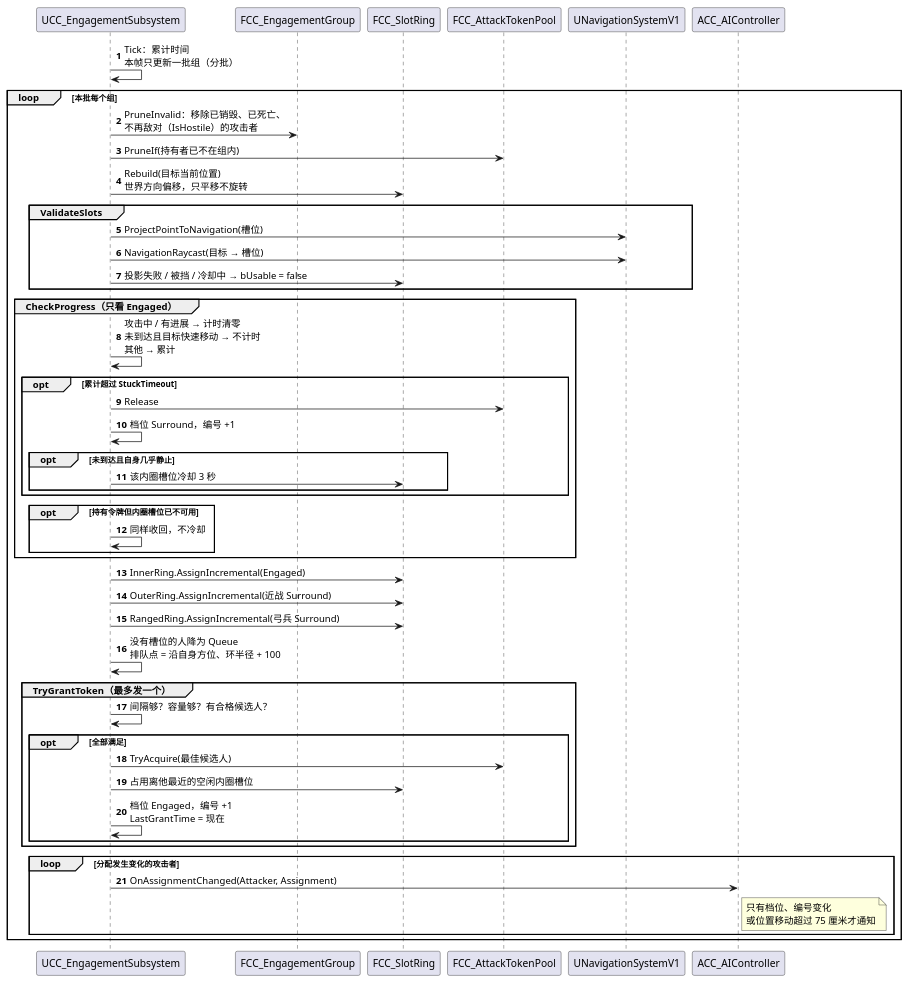
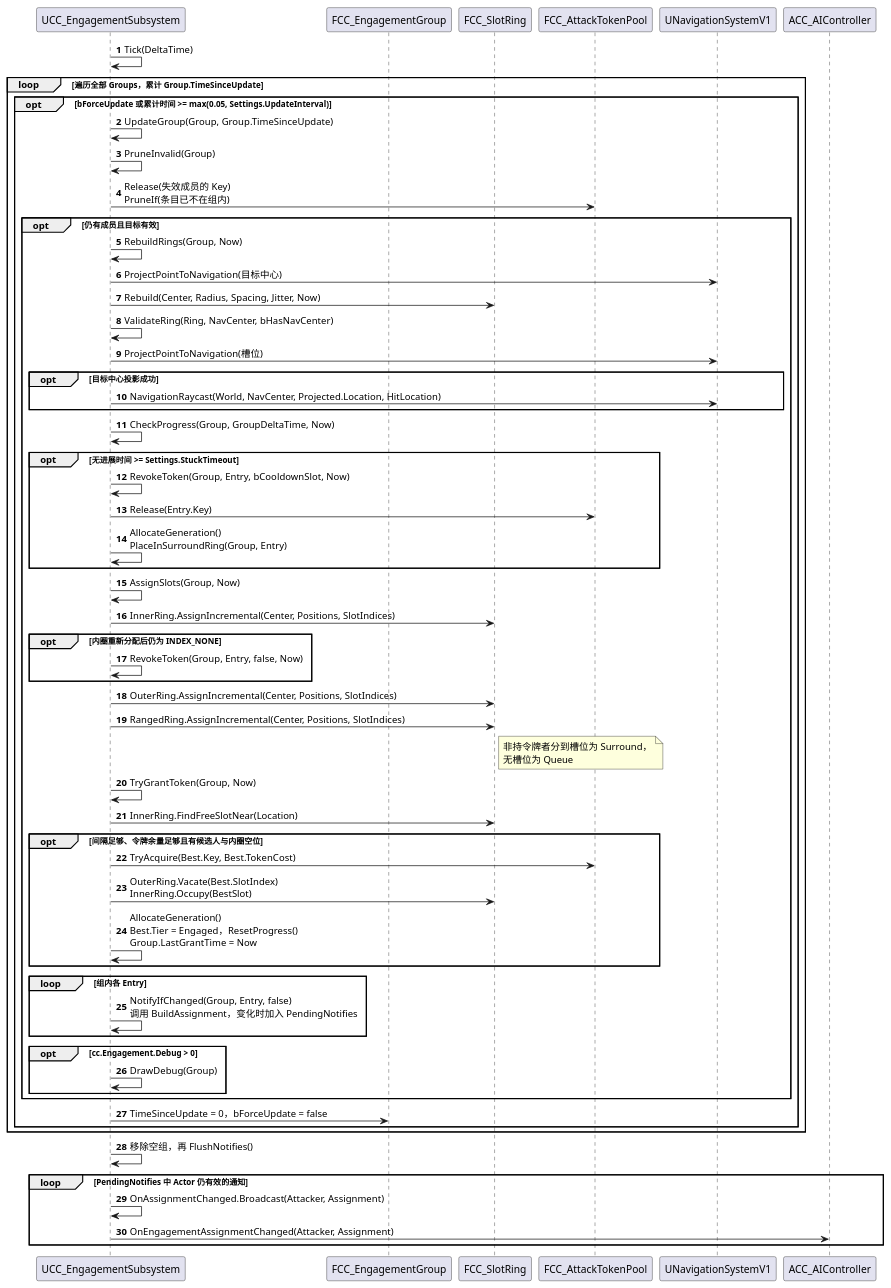
One commit to peng984251536/GAS_Demo changed the sixth of 11 diagrams in Docs/AI-Engagement.zh-CN.md. Above: the diagram before and after it, drawn with PlantUML. The commit also changed other lines of this file and 181 other files, not shown here.

````diff
--- a/Docs/AI-Engagement.zh-CN.md
+++ b/Docs/AI-Engagement.zh-CN.md
@@ -484,60 +601,65 @@
 ```plantuml
 @startuml 周期更新时序
 skinparam shadowing false
 skinparam defaultFontName "Microsoft YaHei"
 autonumber
-
 participant "UCC_EngagementSubsystem" as S
 participant "FCC_EngagementGroup" as G
 participant "FCC_SlotRing" as R
 participant "FCC_AttackTokenPool" as T
 participant "UNavigationSystemV1" as N
 participant "ACC_AIController" as C
 
-S -> S : Tick：累计时间\n本帧只更新一批组（分批）
-loop 本批每个组
-  S -> G : PruneInvalid：移除已销毁、已死亡、\n不再敌对（IsHostile）的攻击者
-  S -> T : PruneIf(持有者已不在组内)
-  S -> R : Rebuild(目标当前位置)\n世界方向偏移，只平移不旋转
-
-  group ValidateSlots
-    S -> N : ProjectPointToNavigation(槽位)
-    S -> N : NavigationRaycast(目标 → 槽位)
-    S -> R : 投影失败 / 被挡 / 冷却中 → bUsable = false
-  end
-
-  group CheckProgress（只看 Engaged）
-    S -> S : 攻击中 / 有进展 → 计时清零\n未到达且目标快速移动 → 不计时\n其他 → 累计
-    opt 累计超过 StuckTimeout
-      S -> T : Release
-      S -> S : 档位 Surround，编号 +1
-      opt 未到达且自身几乎静止
-        S -> R : 该内圈槽位冷却 3 秒
+S -> S : Tick(DeltaTime)
+loop 遍历全部 Groups，累计 Group.TimeSinceUpdate
+  opt bForceUpdate 或累计时间 >= max(0.05, Settings.UpdateInterval)
+    S -> S : UpdateGroup(Group, Group.TimeSinceUpdate)
+    S -> S : PruneInvalid(Group)
+    S -> T : Release(失效成员的 Key)\nPruneIf(条目已不在组内)
+    opt 仍有成员且目标有效
+      S -> S : RebuildRings(Group, Now)
+      S -> N : ProjectPointToNavigation(目标中心)
+      S -> R : Rebuild(Center, Radius, Spacing, Jitter, Now)
+      S -> S : ValidateRing(Ring, NavCenter, bHasNavCenter)
+      S -> N : ProjectPointToNavigation(槽位)
+      opt 目标中心投影成功
+        S -> N : NavigationRaycast(World, NavCenter, Projected.Location, HitLocation)
+      end
+      S -> S : CheckProgress(Group, GroupDeltaTime, Now)
+      opt 无进展时间 >= Settings.StuckTimeout
+        S -> S : RevokeToken(Group, Entry, bCooldownSlot, Now)
+        S -> T : Release(Entry.Key)
+        S -> S : AllocateGeneration()\nPlaceInSurroundRing(Group, Entry)
+      end
+      S -> S : AssignSlots(Group, Now)
+      S -> R : InnerRing.AssignIncremental(Center, Positions, SlotIndices)
+      opt 内圈重新分配后仍为 INDEX_NONE
+        S -> S : RevokeToken(Group, Entry, false, Now)
+      end
+      S -> R : OuterRing.AssignIncremental(Center, Positions, SlotIndices)
+      S -> R : RangedRing.AssignIncremental(Center, Positions, SlotIndices)
+      note right of R : 非持令牌者分到槽位为 Surround，\n无槽位为 Queue
+      S -> S : TryGrantToken(Group, Now)
+      S -> R : InnerRing.FindFreeSlotNear(Location)
+      opt 间隔足够、令牌余量足够且有候选人与内圈空位
+        S -> T : TryAcquire(Best.Key, Best.TokenCost)
+        S -> R : OuterRing.Vacate(Best.SlotIndex)\nInnerRing.Occupy(BestSlot)
+        S -> S : AllocateGeneration()\nBest.Tier = Engaged，ResetProgress()\nGroup.LastGrantTime = Now
+      end
+      loop 组内各 Entry
+        S -> S : NotifyIfChanged(Group, Entry, false)\n调用 BuildAssignment，变化时加入 PendingNotifies
+      end
+      opt cc.Engagement.Debug > 0
+        S -> S : DrawDebug(Group)
       end
     end
-    opt 持有令牌但内圈槽位已不可用
-      S -> S : 同样收回，不冷却
-    end
+    S -> G : TimeSinceUpdate = 0，bForceUpdate = false
   end
-
-  S -> R : InnerRing.AssignIncremental(Engaged)
-  S -> R : OuterRing.AssignIncremental(近战 Surround)
-  S -> R : RangedRing.AssignIncremental(弓兵 Surround)
-  S -> S : 没有槽位的人降为 Queue\n排队点 = 沿自身方位、环半径 + 100
-
-  group TryGrantToken（最多发一个）
-    S -> S : 间隔够？容量够？有合格候选人？
-    opt 全部满足
-      S -> T : TryAcquire(最佳候选人)
-      S -> R : 占用离他最近的空闲内圈槽位
-      S -> S : 档位 Engaged，编号 +1\nLastGrantTime = 现在
-    end
-  end
-
-  loop 分配发生变化的攻击者
-    S -> C : OnAssignmentChanged(Attacker, Assignment)
-    note right of C : 只有档位、编号变化\n或位置移动超过 75 厘米才通知
-  end
+end
+S -> S : 移除空组，再 FlushNotifies()
+loop PendingNotifies 中 Actor 仍有效的通知
+  S -> S : OnAssignmentChanged.Broadcast(Attacker, Assignment)
+  S -> C : OnEngagementAssignmentChanged(Attacker, Assignment)
 end
 @enduml
 ```
````
